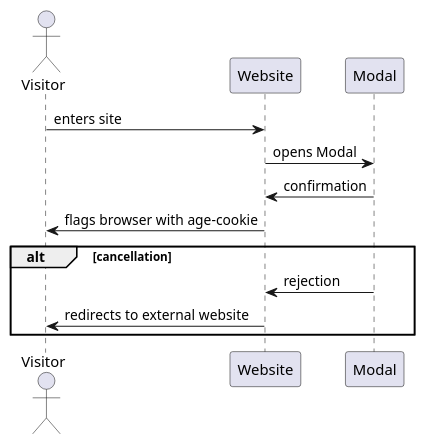
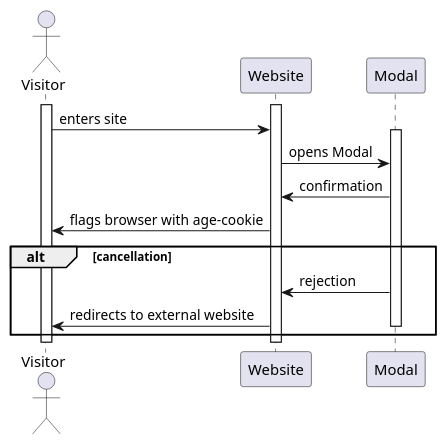
The third of 3 diagrams in Documentation/Diagrams/sequence.puml (GutterneTheBois/smagen-af-oel), drawn with PlantUML before and after one commit. The commit also changed other lines of this file and 3 other files, not shown here.

Commit message:
demo video uploaded and diagrams changed

```diff
--- a/Documentation/Diagrams/sequence.puml
+++ b/Documentation/Diagrams/sequence.puml
@@ -49,17 +50,25 @@
 @startuml cookie
 
 actor Visitor as v
 
 participant "Website" as w
 participant "Modal" as m
 
+activate v
+activate w
 v -> w: enters site
+
+activate m
 w -> m: opens Modal
 m -> w: confirmation
 w -> v: flags browser with age-cookie
+
 alt cancellation
 m -> w: rejection
 w -> v: redirects to external website
+deactivate m
 end
+deactivate v
+deactivate w
 
 @enduml
```
